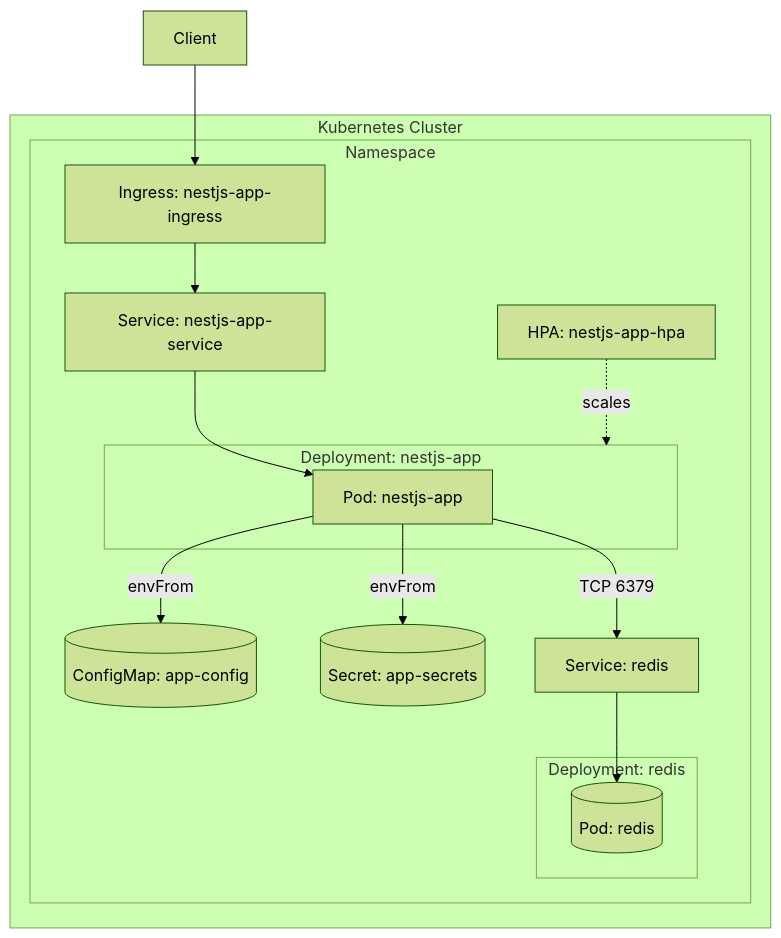
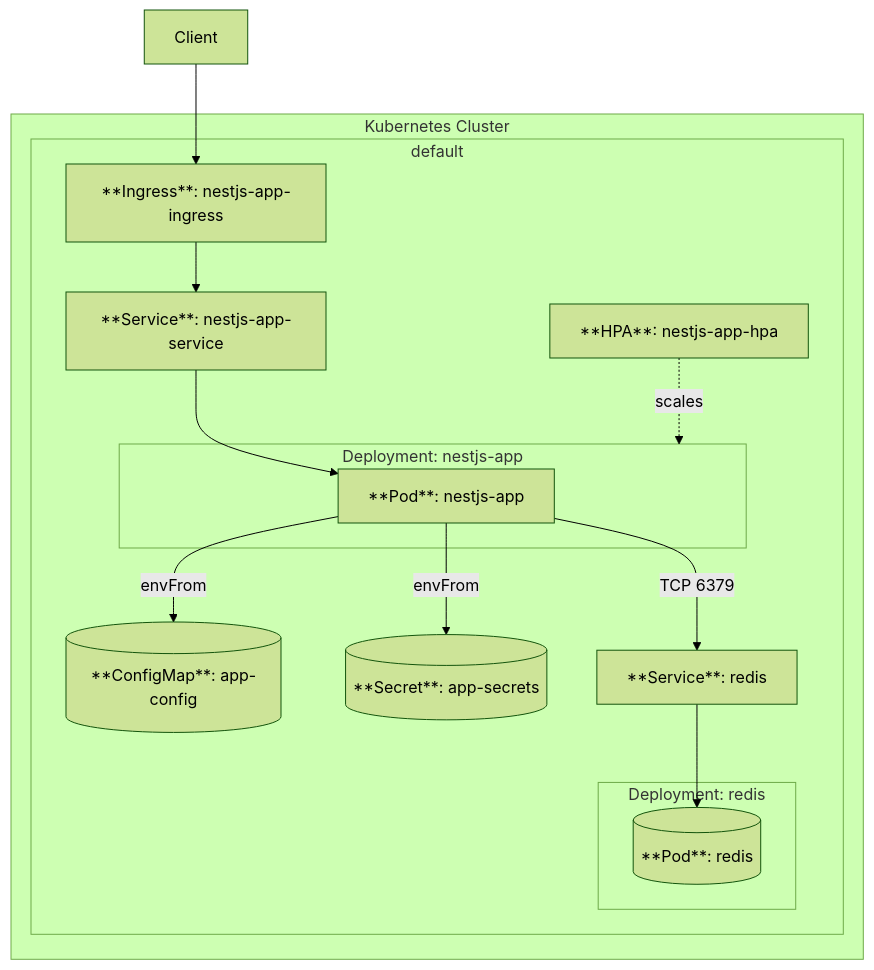
The diagram in README.md (dmytro108/mustage-test), drawn with Mermaid (forest theme) before and after one commit.

````diff
--- a/README.md
+++ b/README.md
@@ -26,28 +26,28 @@
 ```mermaid
 flowchart TB
   user[Client]
 
   subgraph k8s[Kubernetes Cluster]
-    subgraph ns[Namespace]
-      ing[Ingress: nestjs-app-ingress]
-      svc[Service: nestjs-app-service]
+    subgraph ns[default]
+      ing[**Ingress**: nestjs-app-ingress]
+      svc[**Service**: nestjs-app-service]
       subgraph deploy[Deployment: nestjs-app]
-        pod[Pod: nestjs-app]
+        pod[**Pod**: nestjs-app]
       end
-      cm[(ConfigMap: app-config)]
-      sec[(Secret: app-secrets)]
-      hpa[HPA: nestjs-app-hpa]
+      cm[(**ConfigMap**: app-config)]
+      sec[(**Secret**: app-secrets)]
+      hpa[**HPA**: nestjs-app-hpa]
 
-      rsvc[Service: redis]
+      rsvc[**Service**: redis]
       subgraph rdeploy[Deployment: redis]
-        rpod[(Pod: redis)]
+        rpod[(**Pod**: redis)]
       end
     end
   end
 
   user --> ing --> svc --> pod
   pod -->|envFrom| cm
   pod -->|envFrom| sec
   pod -->|TCP 6379| rsvc --> rpod
   hpa -.scales.-> deploy
 ```
````
